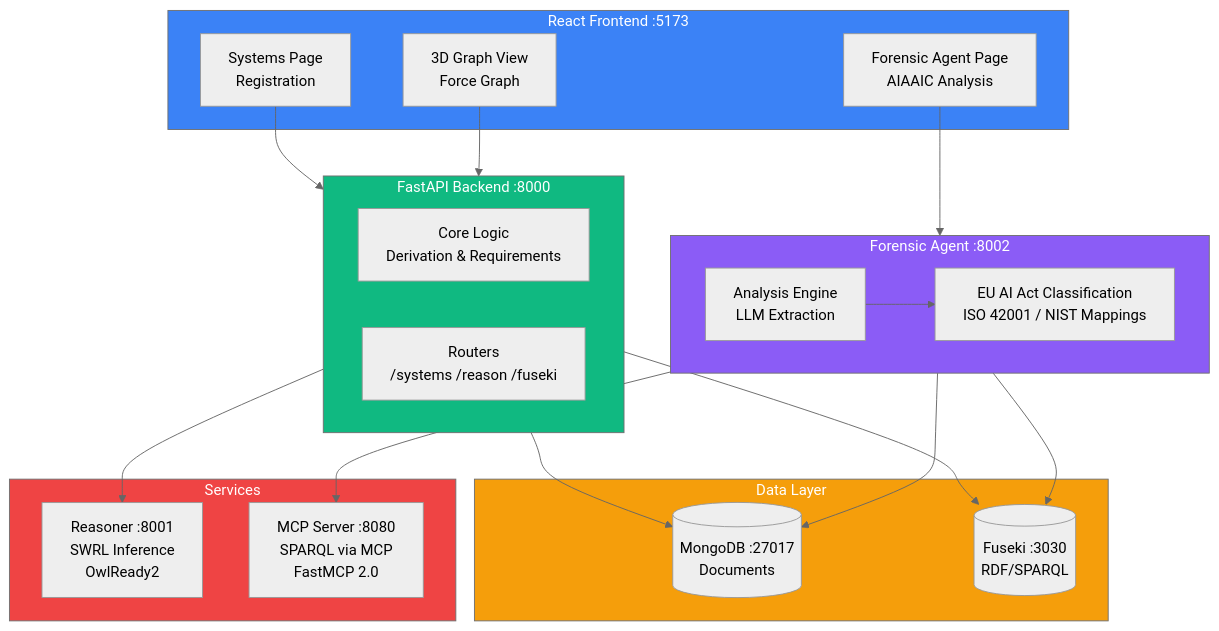
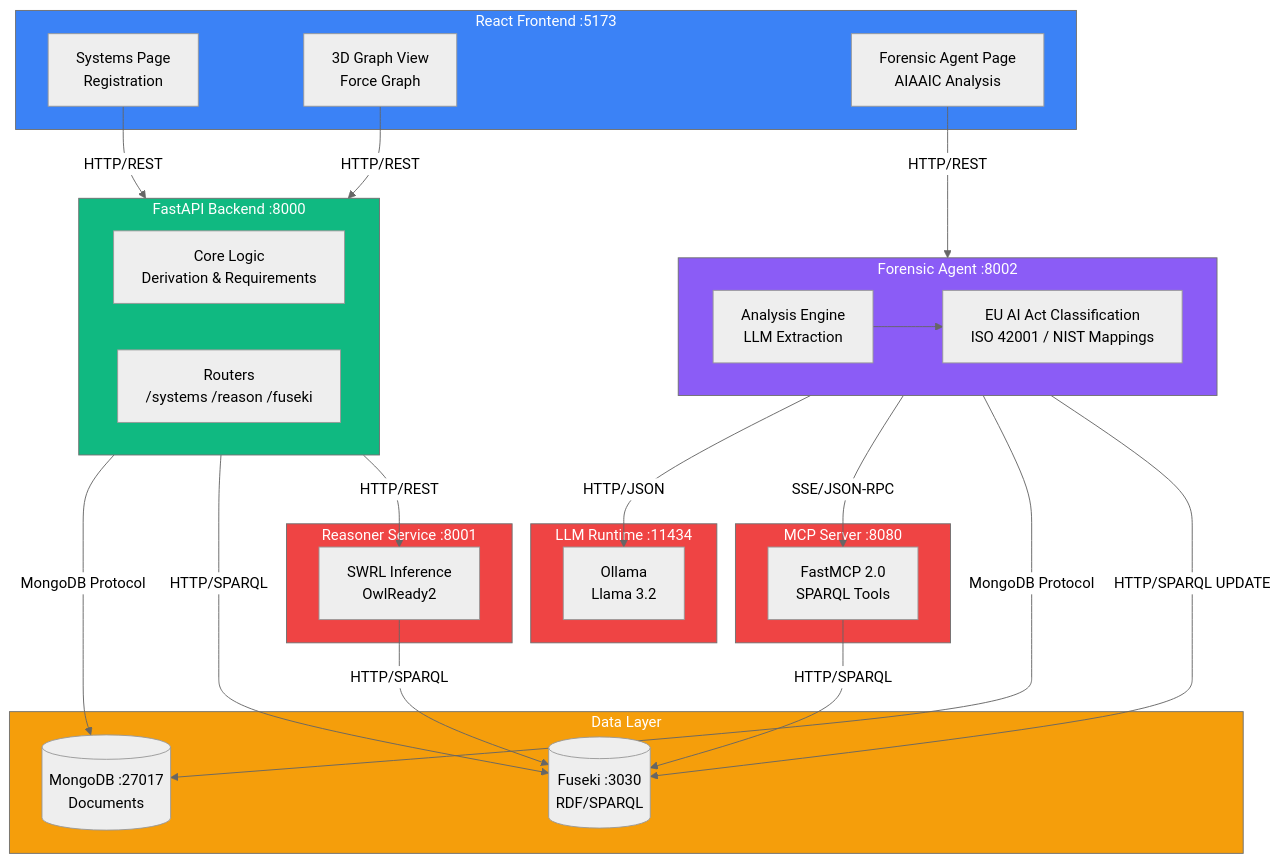
Before and after one commit to cartesiosson/ai_act_project: the first of 2 diagrams in README.md, drawn with Mermaid (neutral theme). The commit also changed other lines of this file and 5 other files, not shown here.

````diff
--- a/README.md
+++ b/README.md
@@ -63,40 +65,56 @@
 ```mermaid
 flowchart TB
     subgraph Frontend["React Frontend :5173"]
         SP[Systems Page<br/>Registration]
         GV[3D Graph View<br/>Force Graph]
         FA[Forensic Agent Page<br/>AIAAIC Analysis]
     end
 
     subgraph Backend["FastAPI Backend :8000"]
         CL[Core Logic<br/>Derivation & Requirements]
         RT[Routers<br/>/systems /reason /fuseki]
     end
 
     subgraph Forensic["Forensic Agent :8002"]
         AE[Analysis Engine<br/>LLM Extraction]
         CL2[EU AI Act Classification<br/>ISO 42001 / NIST Mappings]
     end
 
     subgraph Data["Data Layer"]
         MG[(MongoDB :27017<br/>Documents)]
         FK[(Fuseki :3030<br/>RDF/SPARQL)]
     end
 
-    subgraph Services["Services"]
-        RS[Reasoner :8001<br/>SWRL Inference<br/>OwlReady2]
-        MCP[MCP Server :8080<br/>SPARQL via MCP<br/>FastMCP 2.0]
+    subgraph Reasoner["Reasoner Service :8001"]
+        RS[SWRL Inference<br/>OwlReady2]
     end
 
-    SP & GV --> Backend
-    FA --> Forensic
-    Backend --> MG & FK & RS
-    Forensic --> MG & FK & MCP
+    subgraph MCPServer["MCP Server :8080"]
+        MCP[FastMCP 2.0<br/>SPARQL Tools]
+    end
+
+    subgraph LLM["LLM Runtime :11434"]
+        OL[Ollama<br/>Llama 3.2]
+    end
+
+    SP & GV -->|HTTP/REST| Backend
+    FA -->|HTTP/REST| Forensic
+    Backend -->|MongoDB Protocol| MG
+    Backend -->|HTTP/SPARQL| FK
+    Backend -->|HTTP/REST| RS
+    RS -->|HTTP/SPARQL| FK
+    Forensic -->|HTTP/JSON| OL
+    Forensic -->|SSE/JSON-RPC| MCP
+    MCP -->|HTTP/SPARQL| FK
+    Forensic -->|MongoDB Protocol| MG
+    Forensic -->|HTTP/SPARQL UPDATE| FK
     AE --> CL2
 
     style Frontend fill:#3b82f6,color:#fff
     style Backend fill:#10b981,color:#fff
     style Forensic fill:#8b5cf6,color:#fff
     style Data fill:#f59e0b,color:#fff
-    style Services fill:#ef4444,color:#fff
+    style Reasoner fill:#ef4444,color:#fff
+    style MCPServer fill:#ef4444,color:#fff
+    style LLM fill:#ef4444,color:#fff
 ```
````
